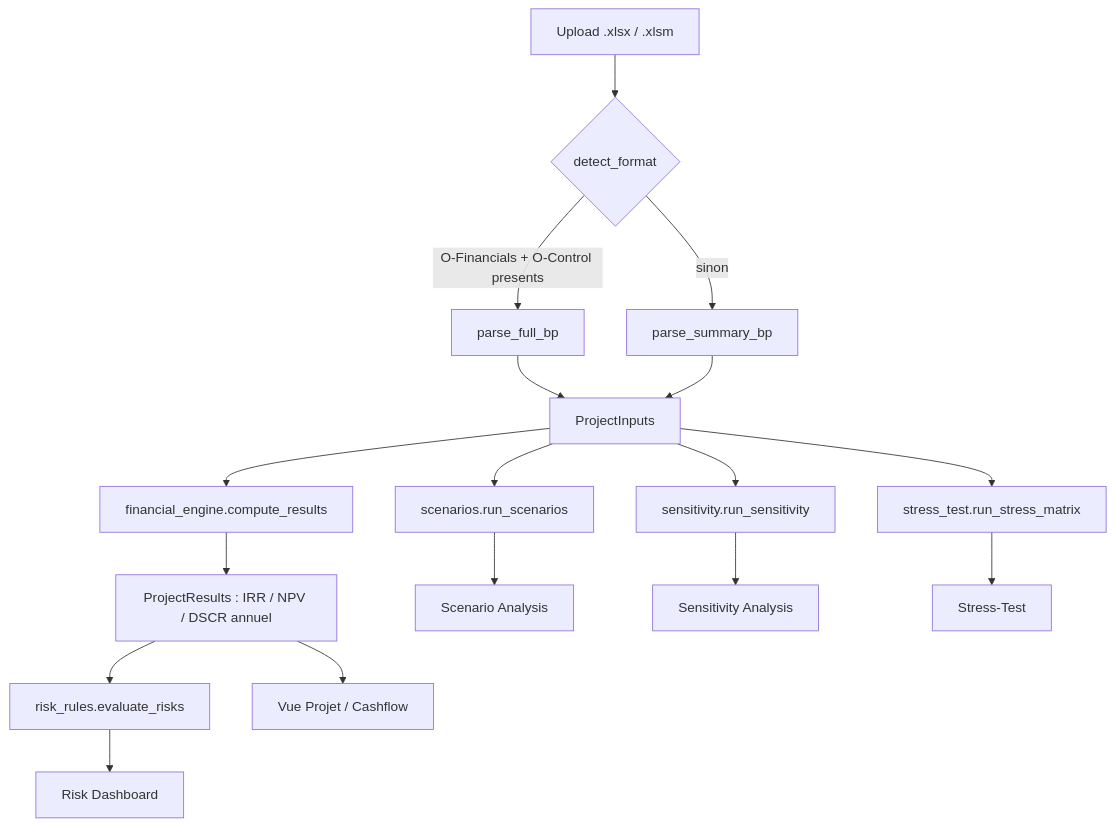
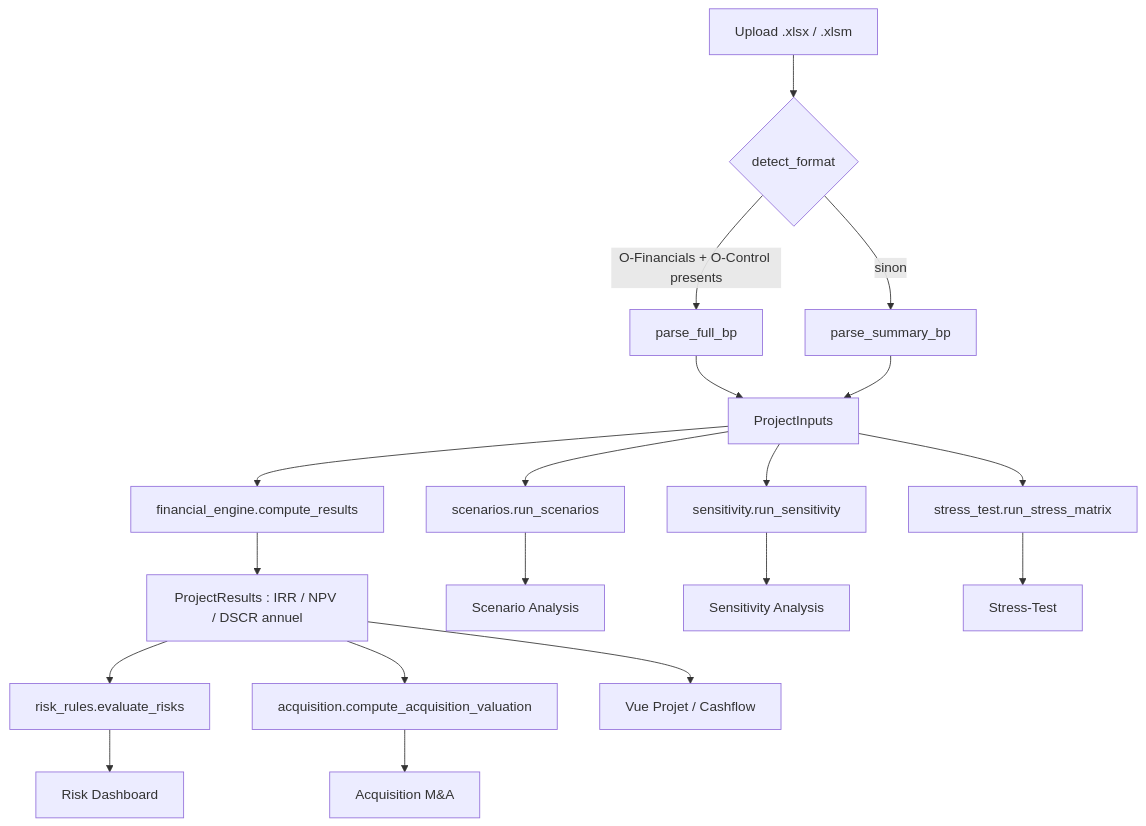
One commit to julienborgescosta-crypto/Bankability_Project changed the diagram in bankability_app/README.md. Above: the diagram before and after it, drawn with Mermaid. The commit also changed other lines of this file and 6 other files, not shown here.

````diff
--- a/bankability_app/README.md
+++ b/bankability_app/README.md
@@ -178,22 +196,24 @@
 ```mermaid
 flowchart TB
     A[Upload .xlsx / .xlsm] --> B{detect_format}
     B -->|O-Financials + O-Control presents| C[parse_full_bp]
     B -->|sinon| D[parse_summary_bp]
     C --> E[ProjectInputs]
     D --> E
 
     E --> F[financial_engine.compute_results]
     F --> G[ProjectResults : IRR / NPV / DSCR annuel]
 
     E --> H[scenarios.run_scenarios]
     E --> I[sensitivity.run_sensitivity]
     E --> J[stress_test.run_stress_matrix]
     G --> K[risk_rules.evaluate_risks]
+    G --> L[acquisition.compute_acquisition_valuation]
 
     G --> UI1[Vue Projet / Cashflow]
     H --> UI2[Scenario Analysis]
     I --> UI3[Sensitivity Analysis]
     J --> UI4[Stress-Test]
     K --> UI5[Risk Dashboard]
+    L --> UI6[Acquisition M&A]
 ```
````
